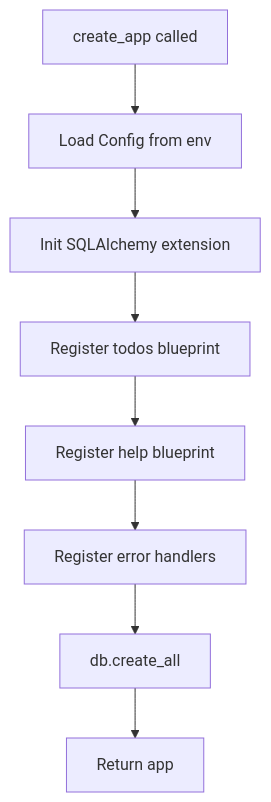
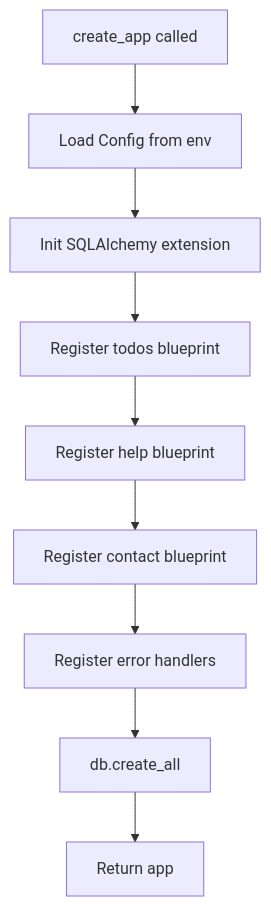
Before and after one commit to mark081/sdd-greenfield: the diagram in .kiro/specs/todo-app/design.md, drawn with Mermaid. The commit also changed other lines of this file and 11 other files, not shown here.

````diff
--- a/.kiro/specs/todo-app/design.md
+++ b/.kiro/specs/todo-app/design.md
@@ -68,10 +69,11 @@
 ```mermaid
 flowchart TD
     A[create_app called] --> B[Load Config from env]
     B --> C[Init SQLAlchemy extension]
     C --> D[Register todos blueprint]
     D --> E[Register help blueprint]
-    E --> F[Register error handlers]
+    E --> E2[Register contact blueprint]
+    E2 --> F[Register error handlers]
     F --> G[db.create_all]
     G --> H[Return app]
 ```
````
